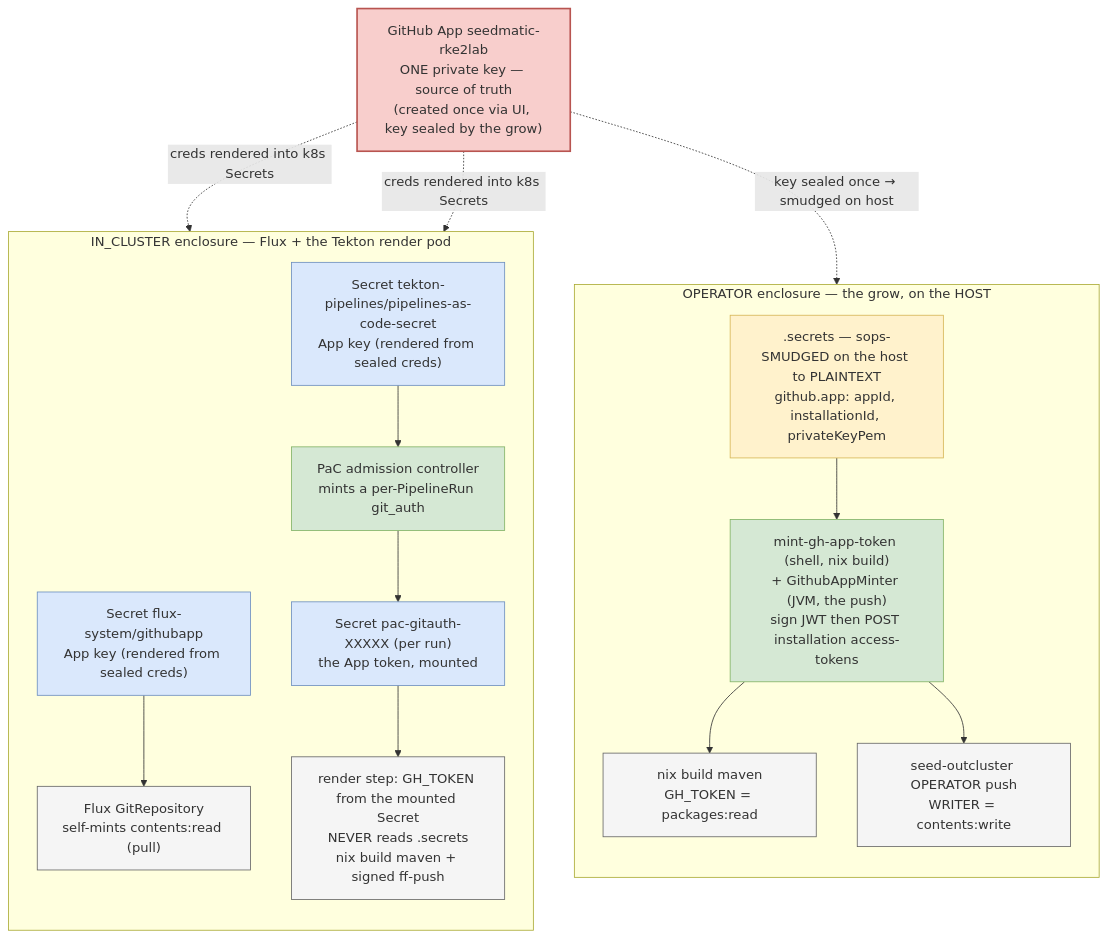
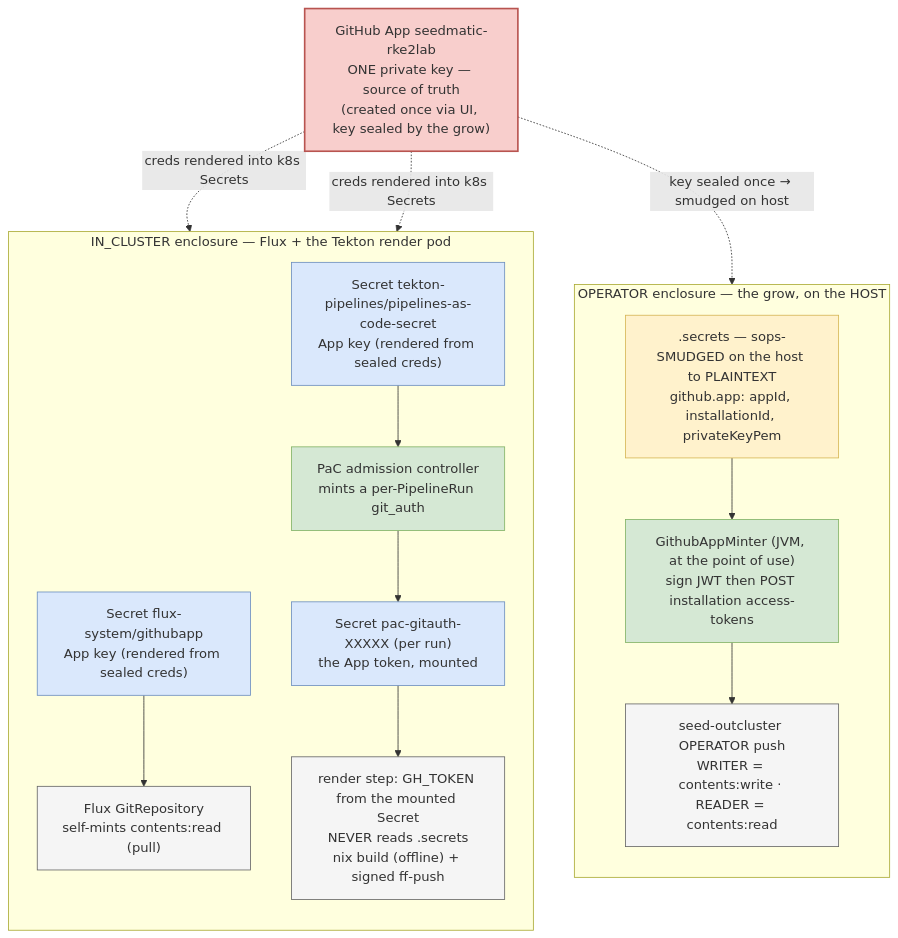
The second of 5 diagrams in docs/architecture/cluster-api/github-credential-model.adoc (seedmatic/rke2lab), drawn with Mermaid before and after one commit. The commit also changed other lines of this file and 2 other files, not shown here.

Commit message:
fix(flake): the shell GitHub App minter goes — no consumer used its token
mint-gh-app-token requested {"permissions":{"packages":"read"}} only, for the
Maven builds' GitHub Packages reads. The builds now resolve offline from
maven-deps, so nothing needs that scope, and nothing ever used it otherwise:
- the grow exported the token as GH_TOKEN, which no later step reads (the inner
  nix build does not, and seed-outcluster mints its own contents:read and
  contents:write tokens at the point of use);
- the render put it in a local http.extraheader for `git fetch` of rke2lab, a
  public repository, while its push goes through the JVM publish and its own
  writer mint.
A credential-minting path with no consumer is pure exposure (security's
review, 2026-10-12). The minter, its two call sites, the app and the comments
claiming it served the fetches and the push go. The render's extraheader stays,
fed only by a caller-provided GH_TOKEN (PaC's, in-cluster); on the operator it
is unset and the ambient git credentials serve, as the code already did.

```diff
--- a/docs/architecture/cluster-api/github-credential-model.adoc
+++ b/docs/architecture/cluster-api/github-credential-model.adoc
@@ -277,40 +279,38 @@
 [mermaid,github-credential-model-enclosures,svg]
 ----
 flowchart TB
   App["GitHub App seedmatic-rke2lab<br/>ONE private key — source of truth<br/>(created once via UI, key sealed by the grow)"]:::root
 
   subgraph GROW["OPERATOR enclosure — the grow, on the HOST"]
     direction TB
     DotSecrets[".secrets — sops-SMUDGED on the host to PLAINTEXT<br/>github.app: appId, installationId, privateKeyPem"]:::store
-    MintOp["mint-gh-app-token (shell, nix build)<br/>+ GithubAppMinter (JVM, the push)<br/>sign JWT then POST installation access-tokens"]:::mint
-    MvnOp["nix build maven<br/>GH_TOKEN = packages:read"]:::consumer
-    PushOp["seed-outcluster OPERATOR push<br/>WRITER = contents:write"]:::consumer
+    MintOp["GithubAppMinter (JVM, at the point of use)<br/>sign JWT then POST installation access-tokens"]:::mint
+    PushOp["seed-outcluster OPERATOR push<br/>WRITER = contents:write · READER = contents:read"]:::consumer
     DotSecrets --> MintOp
-    MintOp --> MvnOp
     MintOp --> PushOp
   end
 
   subgraph CLUSTER["IN_CLUSTER enclosure — Flux + the Tekton render pod"]
     direction TB
     SecGhApp["Secret flux-system/githubapp<br/>App key (rendered from sealed creds)"]:::ksecret
     SecPac["Secret tekton-pipelines/pipelines-as-code-secret<br/>App key (rendered from sealed creds)"]:::ksecret
     Flux["Flux GitRepository<br/>self-mints contents:read (pull)"]:::consumer
     PaC["PaC admission controller<br/>mints a per-PipelineRun git_auth"]:::mint
     SecGitAuth["Secret pac-gitauth-XXXXX (per run)<br/>the App token, mounted"]:::ksecret
-    Render["render step: GH_TOKEN from the mounted Secret<br/>NEVER reads .secrets<br/>nix build maven + signed ff-push"]:::consumer
+    Render["render step: GH_TOKEN from the mounted Secret<br/>NEVER reads .secrets<br/>nix build (offline) + signed ff-push"]:::consumer
     SecGhApp --> Flux
     SecPac --> PaC
     PaC --> SecGitAuth
     SecGitAuth --> Render
   end
 
   App -. "key sealed once → smudged on host" .-> DotSecrets
   App -. "creds rendered into k8s Secrets" .-> SecGhApp
   App -. "creds rendered into k8s Secrets" .-> SecPac
 
   classDef root fill:#f8cecc,stroke:#b85450,stroke-width:2px;
   classDef store fill:#fff2cc,stroke:#d6b656;
   classDef ksecret fill:#dae8fc,stroke:#6c8ebf;
   classDef mint fill:#d5e8d4,stroke:#82b366;
   classDef consumer fill:#f5f5f5,stroke:#666;
 ----
```
